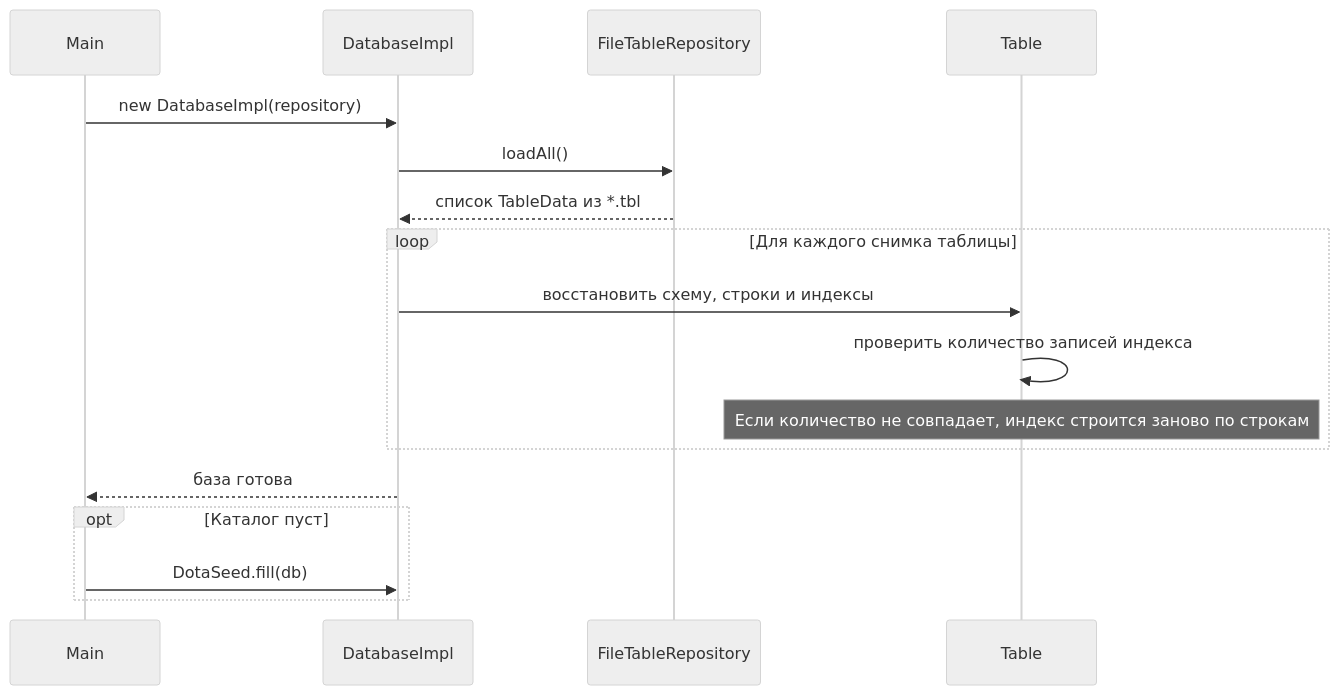
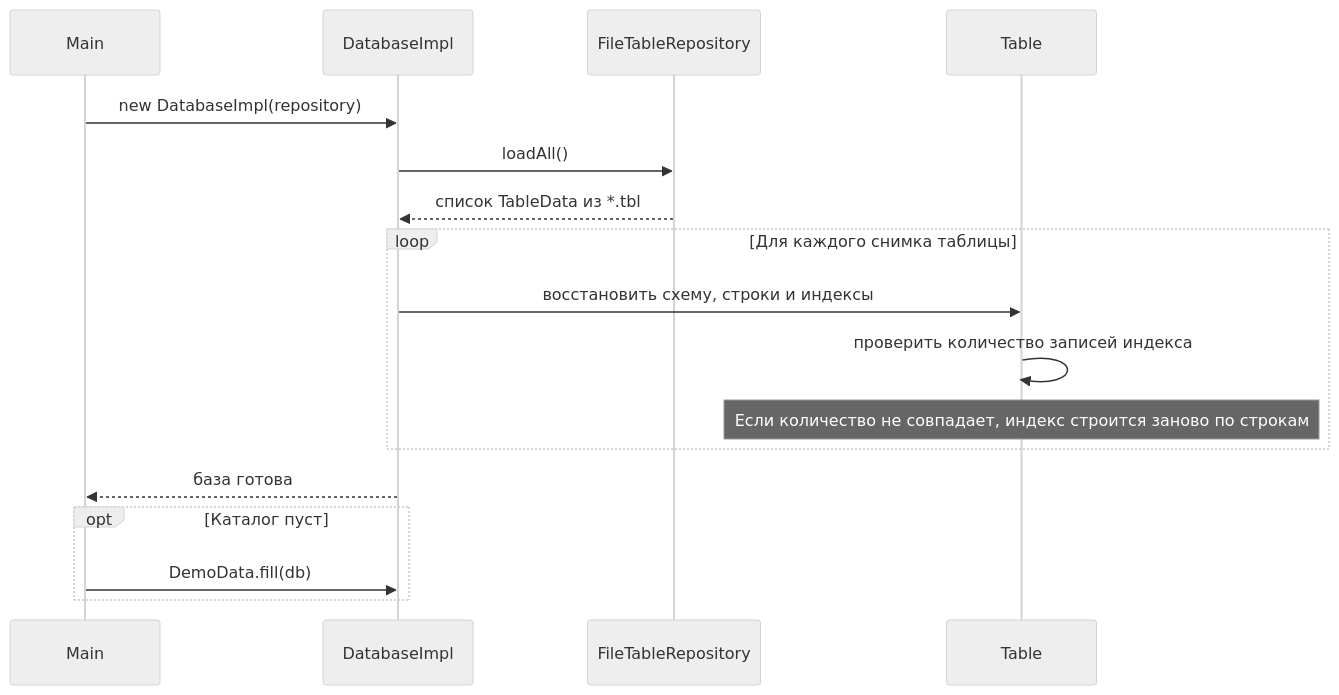
One commit to nnneeekkkiiittt/java-lab-2 changed the third of 3 diagrams in README.md. Above: the diagram before and after it, drawn with Mermaid (neutral theme). The commit also changed other lines of this file and 106 other files, not shown here.

````diff
--- a/README.md
+++ b/README.md
@@ -137,19 +135,19 @@
 ```mermaid
 sequenceDiagram
     participant Main
     participant DB as DatabaseImpl
     participant Repo as FileTableRepository
     participant Table as Table
     Main->>DB: new DatabaseImpl(repository)
     DB->>Repo: loadAll()
     Repo-->>DB: список TableData из *.tbl
     loop Для каждого снимка таблицы
         DB->>Table: восстановить схему, строки и индексы
         Table->>Table: проверить количество записей индекса
         Note over Table: Если количество не совпадает, индекс строится заново по строкам
     end
     DB-->>Main: база готова
     opt Каталог пуст
-        Main->>DB: DotaSeed.fill(db)
+        Main->>DB: DemoData.fill(db)
     end
 ```
````
